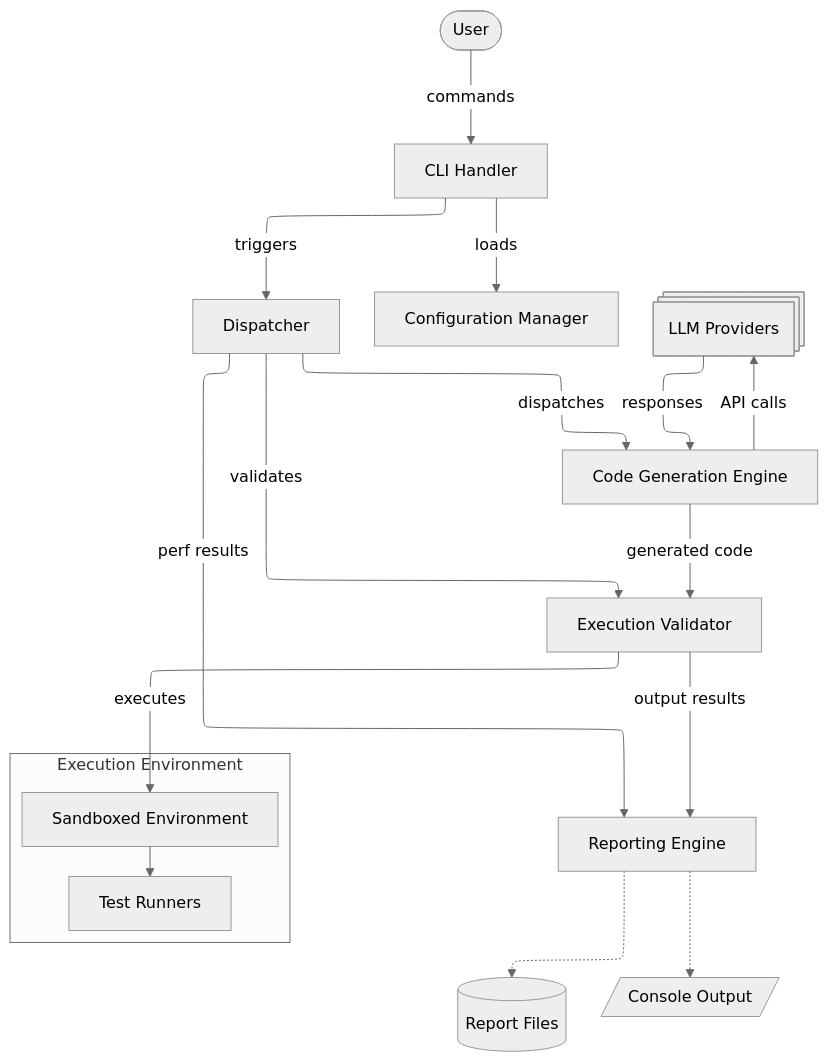
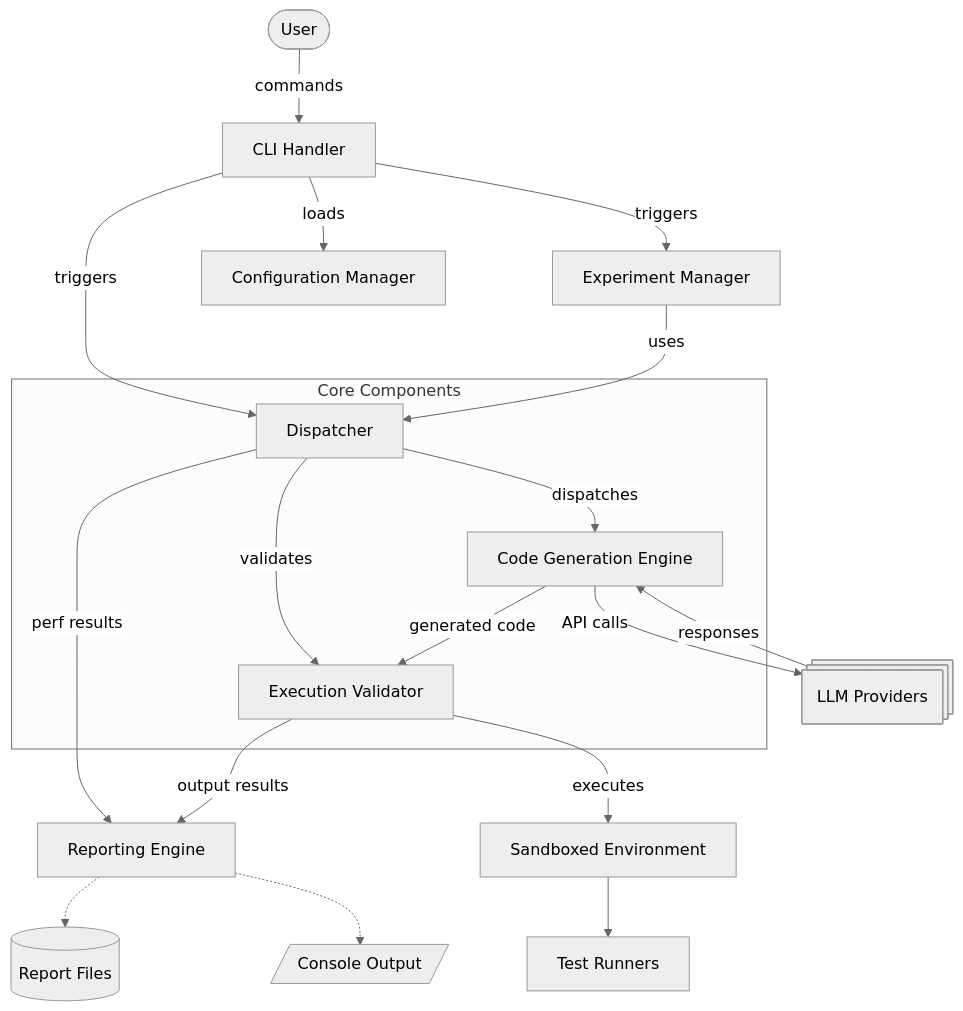
One commit to FilippoGurioli/test-2-code-llm changed the first of 2 diagrams in docs/architecture.md. Above: the diagram before and after it, drawn with Mermaid (neutral theme). The commit also changed other lines of this file, not shown here.

Commit message:
docs: complete architecture bare bones

````diff
--- a/docs/architecture.md
+++ b/docs/architecture.md
@@ -104,30 +109,27 @@
 ```mermaid
----
-config:
-    layout: elk
----
 flowchart TD
     User([User]) -->|commands| CLI[CLI Handler]
     CLI -->|triggers| OE[Dispatcher]
+    CLI -->|triggers| EM[Experiment Manager]
     CLI -->|loads| CM[Configuration Manager]
-    
+    EM -->|uses| OE
+    subgraph CoreComponents[Core Components]
+        OE
+        EV
+        CGE
+    end
     OE -->|dispatches| CGE[Code Generation Engine]
     OE -->|validates| EV[Execution Validator]
     OE -->|perf results| ARE[Reporting Engine]
     
     EV -->|output results| ARE
     CGE -->|generated code| EV
     
     CGE -->|API calls| LLM@{ shape: procs, label: "LLM Providers"}
     LLM -->|responses| CGE
     EV -->|executes| Sandbox[Sandboxed Environment]
-    
-    subgraph "Execution Environment"
-        Sandbox
-        TestRunner[Test Runners]
-        Sandbox --> TestRunner
-    end
+    Sandbox --> TestRunner[Test Runners]
     
     ARE -.-> Reports[(Report Files)]
     ARE -.-> Console[/Console Output/]
 ```
````
